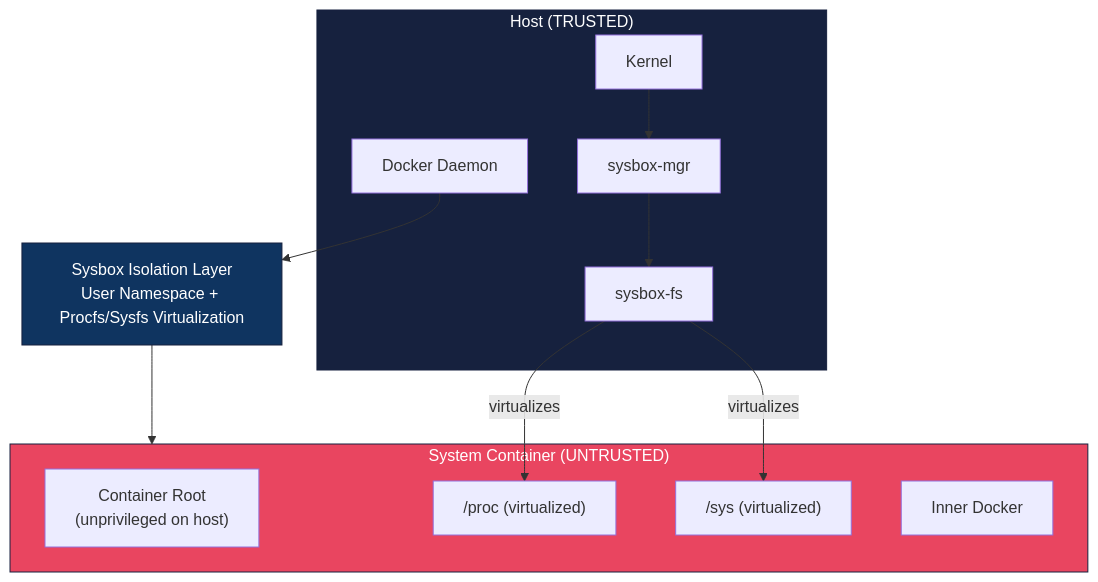
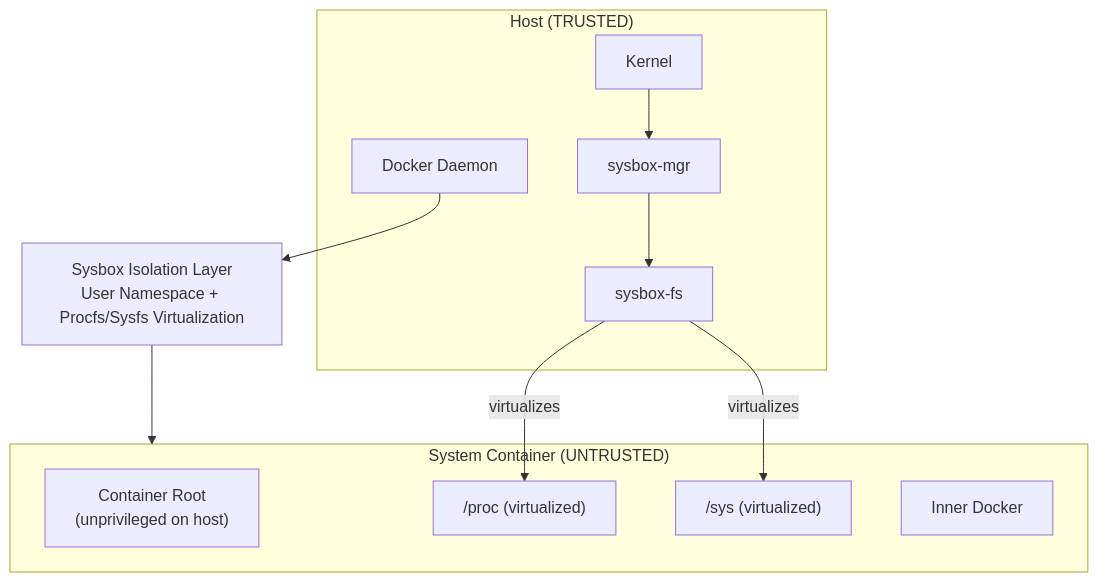
Before and after one commit to novotnyllc/ContainAI: diagram 11 of 11 in docs/architecture.md, drawn with Mermaid. The commit also changed other lines of this file and 14 other files, not shown here.

````diff
--- a/docs/architecture.md
+++ b/docs/architecture.md
@@ -552,29 +531,26 @@
 ```mermaid
 flowchart TB
     subgraph Host["Host (TRUSTED)"]
         HostKernel["Kernel"]
         HostDocker["Docker Daemon"]
         SysboxMgr["sysbox-mgr"]
         SysboxFS["sysbox-fs"]
     end
 
     IsolationLayer["Sysbox Isolation Layer<br/>User Namespace + Procfs/Sysfs Virtualization"]
 
     subgraph Container["System Container (UNTRUSTED)"]
         ContainerRoot["Container Root<br/>(unprivileged on host)"]
         ContainerProc["/proc (virtualized)"]
         ContainerSys["/sys (virtualized)"]
         InnerDocker["Inner Docker"]
     end
 
     HostKernel --> SysboxMgr
     SysboxMgr --> SysboxFS
     HostDocker --> IsolationLayer
     IsolationLayer --> Container
     SysboxFS -->|"virtualizes"| ContainerProc
     SysboxFS -->|"virtualizes"| ContainerSys
 
-    style Host fill:#16213e,stroke:#16213e,color:#fff
-    style IsolationLayer fill:#0f3460,stroke:#16213e,color:#fff
-    style Container fill:#e94560,stroke:#16213e,color:#fff
 ```
````
